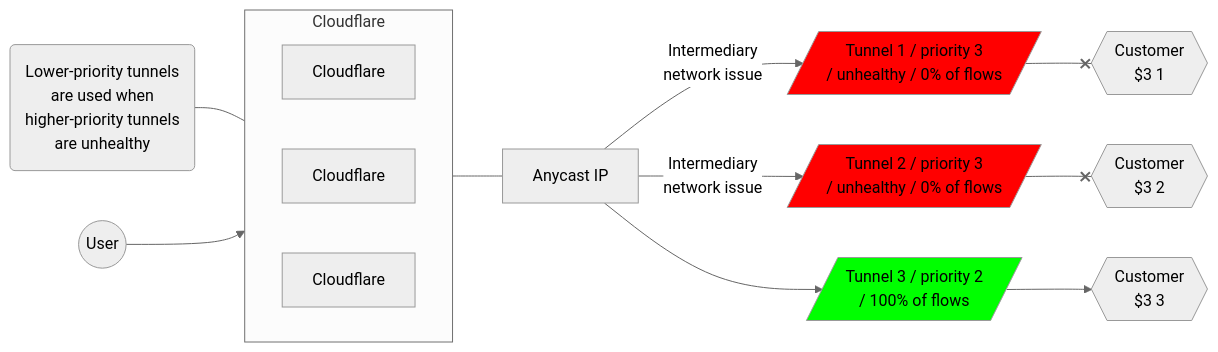
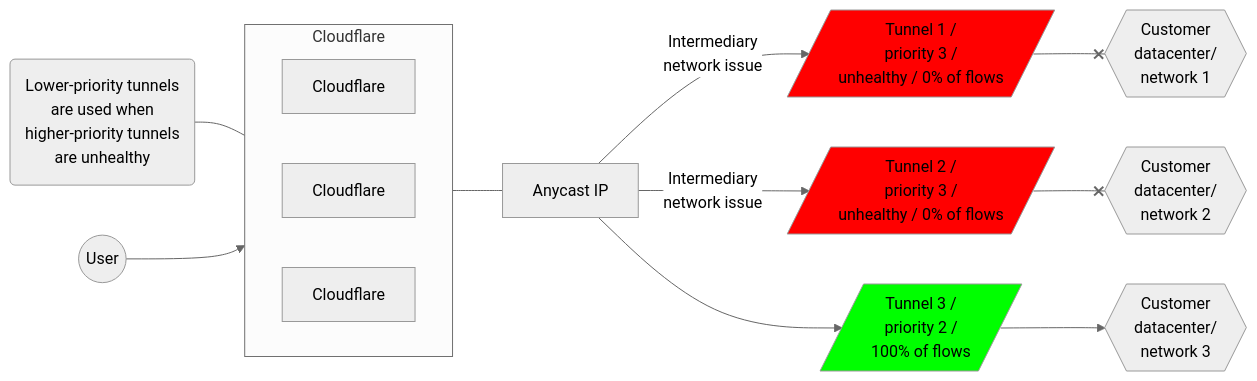
One commit to cloudflare/cloudflare-docs changed the fourth of 4 diagrams in content/magic-transit/_partials/_traffic-steering.md. Above: the diagram before and after it, drawn with Mermaid (neutral theme). The commit also changed other lines of this file, not shown here.

````diff
--- a/content/magic-transit/_partials/_traffic-steering.md
+++ b/content/magic-transit/_partials/_traffic-steering.md
@@ -115,22 +115,22 @@
 ```mermaid
 flowchart LR
 accTitle: Tunnels diagram
 accDescr: This example has Tunnel 1 and 2 unhealthy, and all traffic prioritized to Tunnel 3.
 
 subgraph Cloudflare
 direction LR
 B[Cloudflare]
 C[Cloudflare]
 D[Cloudflare]
 end
 
 Z(Lower-priority tunnels <br> are used when <br> higher-priority tunnels <br> are unhealthy) --- Cloudflare
 A((User)) --> Cloudflare --- E[Anycast IP]
-E[Anycast IP]  -- Intermediary <br> network issue -->  F[/Tunnel 1 / priority 3 <br> / unhealthy / 0% of flows/]:::red --x I{{Customer <br> $3 1}}
-E[Anycast IP]  -- Intermediary <br> network issue -->  G[/Tunnel 2 / priority 3 <br> / unhealthy / 0% of flows/]:::red --x J{{Customer <br> $3 2}}
-E[Anycast IP] -->  H[/Tunnel 3 / priority 2 <br> / 100% of flows/]:::green --> K{{Customer <br> $3 3}}
+E[Anycast IP]  -- Intermediary <br> network issue -->  F[/Tunnel 1 / <br> priority 3 / <br> unhealthy / 0% of flows/]:::red --x I{{Customer <br> datacenter/ <br> network 1}}
+E[Anycast IP]  -- Intermediary <br> network issue -->  G[/Tunnel 2 / <br> priority 3 / <br> unhealthy / 0% of flows/]:::red --x J{{Customer <br> datacenter/ <br> network 2}}
+E[Anycast IP] -->  H[/Tunnel 3 / <br> priority 2 / <br> 100% of flows/]:::green --> K{{Customer <br> datacenter/ <br> network 3}}
 classDef red fill:#FF0000
 classDef green fill:#00FF00
 linkStyle 6 color:red
 linkStyle 8 color:red
 ```
````
